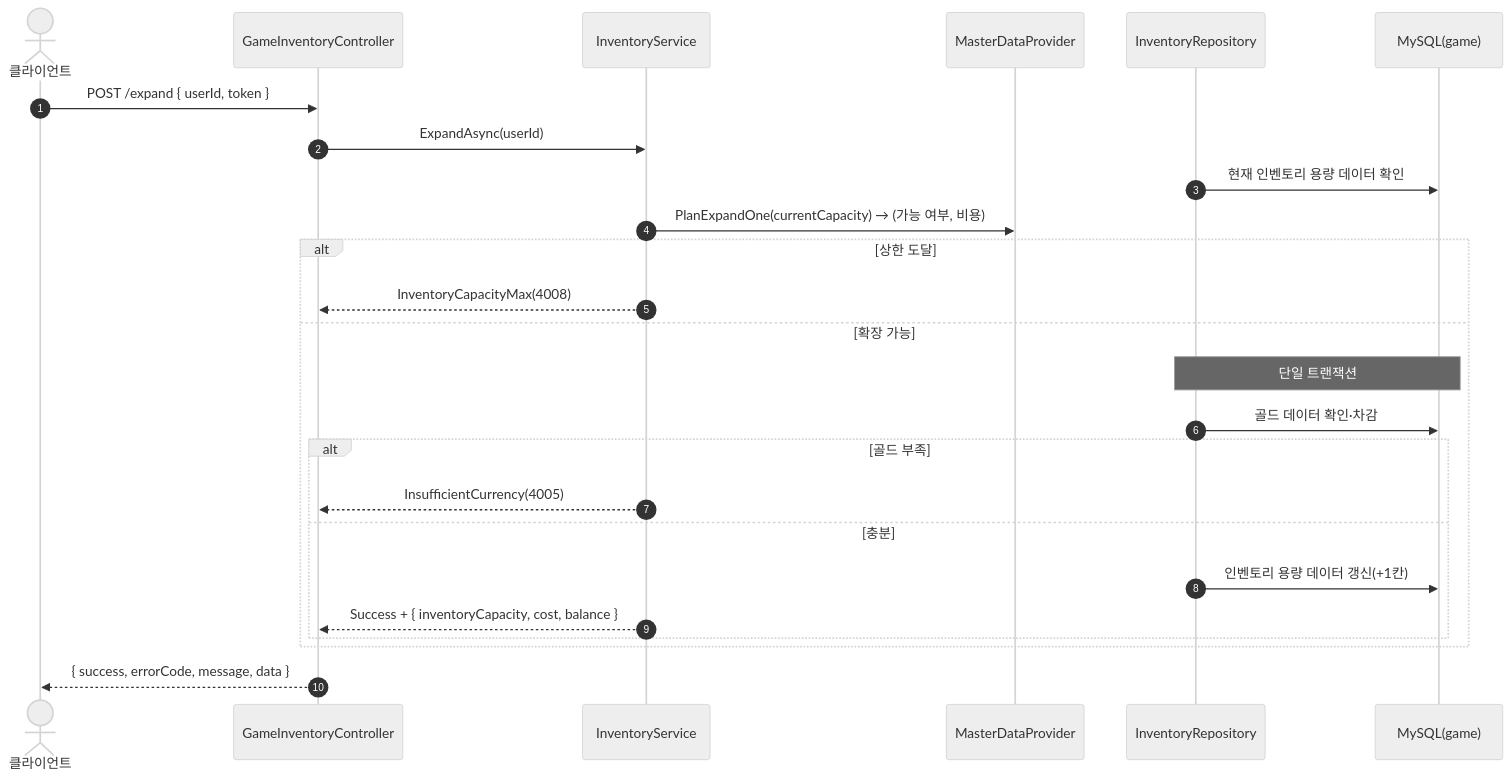
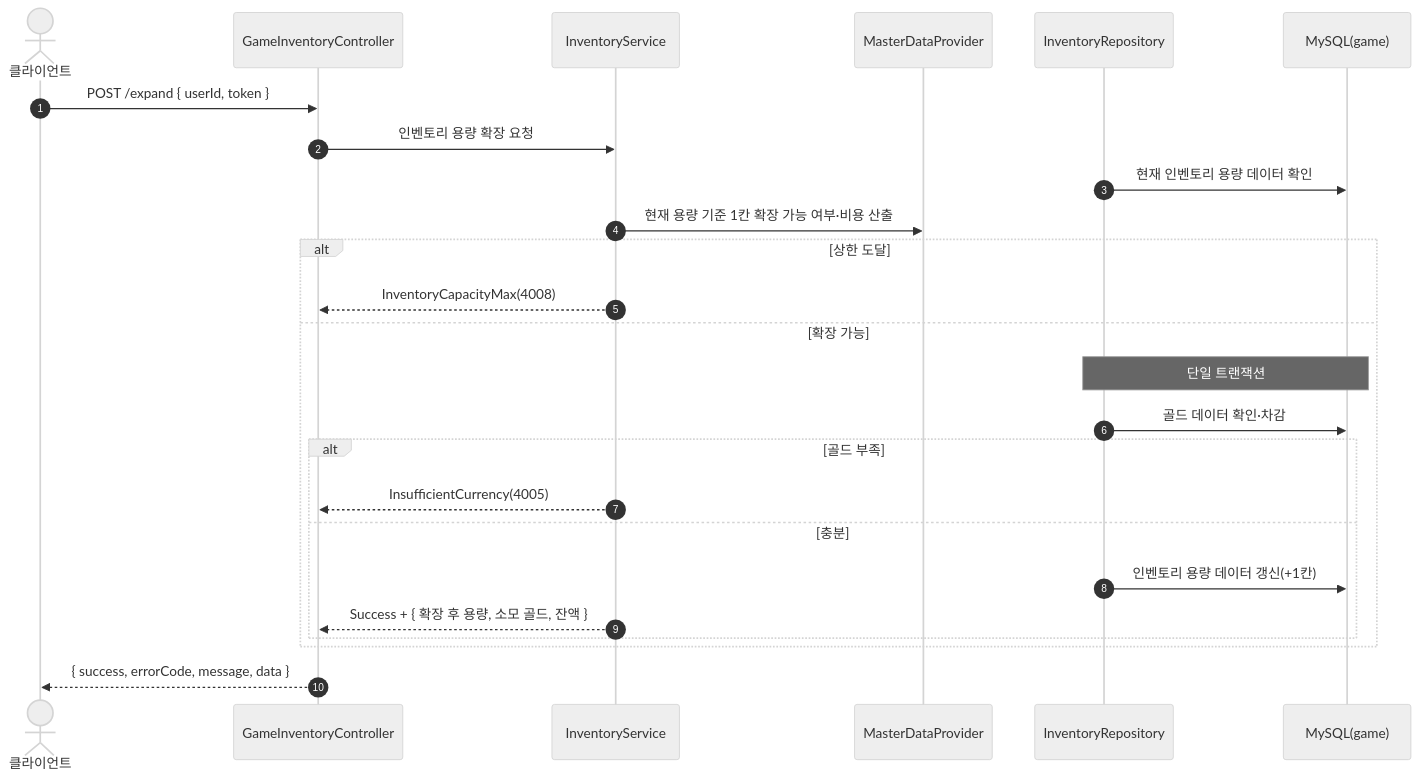
Before and after one commit to ks-wook/com2us-taskbar-hero: the fourth of 4 diagrams in SequenceDiagram/GameInventoryController.md, drawn with Mermaid (neutral theme). The commit also changed other lines of this file and 7 other files, not shown here.

Commit message:
시퀀스 다이어그램 수정

````diff
--- a/SequenceDiagram/GameInventoryController.md
+++ b/SequenceDiagram/GameInventoryController.md
@@ -83,28 +83,28 @@
 ```mermaid
 sequenceDiagram
     autonumber
     actor C as 클라이언트
     participant Ctrl as GameInventoryController
     participant Svc as InventoryService
     participant MD as MasterDataProvider
     participant Repo as InventoryRepository
     participant DB as MySQL(game)
 
     C->>Ctrl: POST /expand { userId, token }
-    Ctrl->>Svc: ExpandAsync(userId)
+    Ctrl->>Svc: 인벤토리 용량 확장 요청
     Repo->>DB: 현재 인벤토리 용량 데이터 확인
-    Svc->>MD: PlanExpandOne(currentCapacity) → (가능 여부, 비용)
+    Svc->>MD: 현재 용량 기준 1칸 확장 가능 여부·비용 산출
     alt 상한 도달
         Svc-->>Ctrl: InventoryCapacityMax(4008)
     else 확장 가능
         Note over Repo,DB: 단일 트랜잭션
         Repo->>DB: 골드 데이터 확인·차감
         alt 골드 부족
             Svc-->>Ctrl: InsufficientCurrency(4005)
         else 충분
             Repo->>DB: 인벤토리 용량 데이터 갱신(+1칸)
-            Svc-->>Ctrl: Success + { inventoryCapacity, cost, balance }
+            Svc-->>Ctrl: Success + { 확장 후 용량, 소모 골드, 잔액 }
         end
     end
     Ctrl-->>C: { success, errorCode, message, data }
 ```
````
